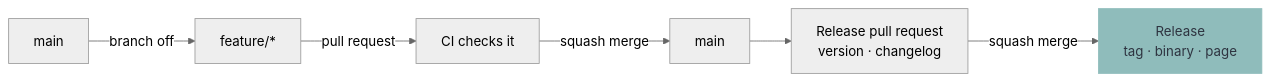
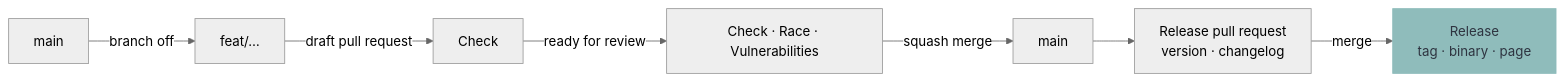
Before and after one commit to murkl/oak: the diagram in docs/CONTRIBUTING.md, drawn with Mermaid (neutral theme). The commit also changed other lines of this file and 7 other files, not shown here.

Commit message:
ci: work off main, squash into the title alone and simplify the pipeline (#24)

````diff
--- a/docs/CONTRIBUTING.md
+++ b/docs/CONTRIBUTING.md
@@ -9,10 +7,11 @@
 ```mermaid
 flowchart LR
-    M["main"] -->|branch off| F["feature/*"]
-    F -->|pull request| C["CI checks it"]
-    C -->|squash merge| M2["main"]
+    M["main"] -->|branch off| B["feat/…"]
+    B -->|draft pull request| C["Check"]
+    C -->|ready for review| D["Check · Race · Vulnerabilities"]
+    D -->|squash merge| M2["main"]
     M2 --> P["Release pull request<br/>version · changelog"]
-    P -->|squash merge| R["Release<br/>tag · binary · page"]
+    P -->|merge| R["Release<br/>tag · binary · page"]
 
     style R fill:#8fbcbb,stroke:#8fbcbb,color:#2e3440
 ```
````
